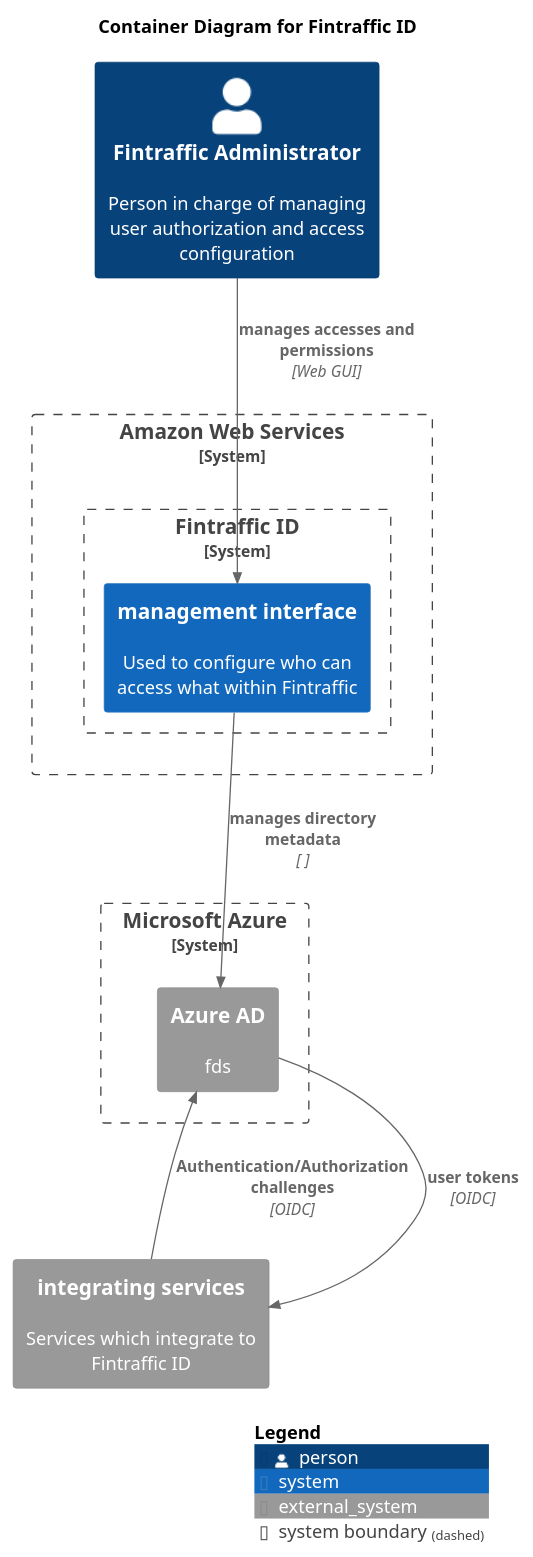
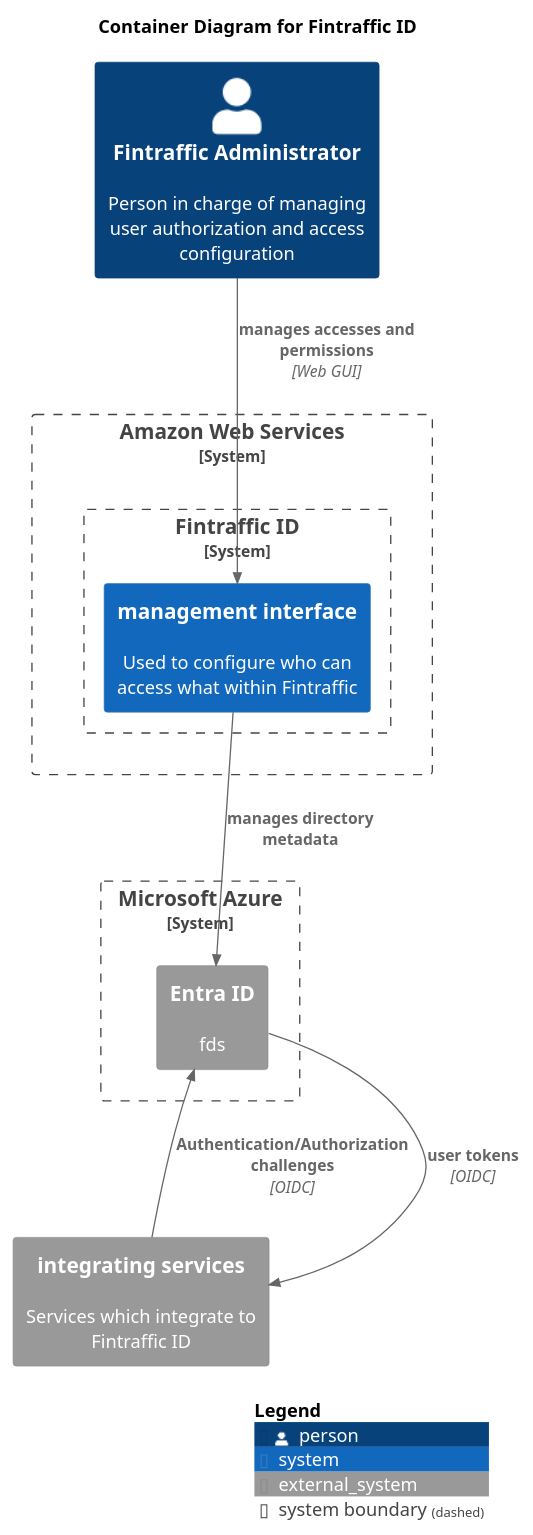
Before and after one commit to tmfg/digitraffic-tis-utilities: the diagram in architecture/tis/c4/l2_container_fintraffic_id.puml, drawn with PlantUML. The commit also changed 9 other files, not shown here.

First line of the commit message:
update vaco's main diagrams to make them resemble the actual implementation

```diff
--- a/architecture/tis/c4/l2_container_fintraffic_id.puml
+++ b/architecture/tis/c4/l2_container_fintraffic_id.puml
@@ -1,29 +1,29 @@
 @startuml
 
 !include https://raw.githubusercontent.com/RicardoNiepel/C4-PlantUML/master/C4_Container.puml
 title Container Diagram for Fintraffic ID
 
 LAYOUT_TOP_DOWN()
 
 System_Boundary(sb_aws, "Amazon Web Services") {
     System_Boundary(sb_ftid, "Fintraffic ID") {
         System(management_interface, "management interface", "Used to configure who can access what within Fintraffic")
     }
 }
 System_Boundary(sb_azure, "Microsoft Azure") {
-    System_Ext(azure_ad, "Azure AD", "fds")
+    System_Ext(azure_ad, "Entra ID", "fds")
 }
 Lay_D(sb_aws, sb_azure)
 
 Person(ft_admin, "Fintraffic Administrator", "Person in charge of managing user authorization and access configuration")
 Rel(ft_admin, management_interface, "manages accesses and permissions", "Web GUI")
-Rel(management_interface, azure_ad, "manages directory metadata", " ")
+Rel(management_interface, azure_ad, "manages directory metadata")
 
 System_Ext(ext_system, "integrating services", "Services which integrate to Fintraffic ID")
 Lay_U(ext_system, sb_aws)
 Lay_U(ext_system, sb_azure)
 Rel(ext_system, azure_ad, "Authentication/Authorization challenges", "OIDC")
 Rel(azure_ad, ext_system, "user tokens", "OIDC")
 
 SHOW_LEGEND()
 @enduml
```
